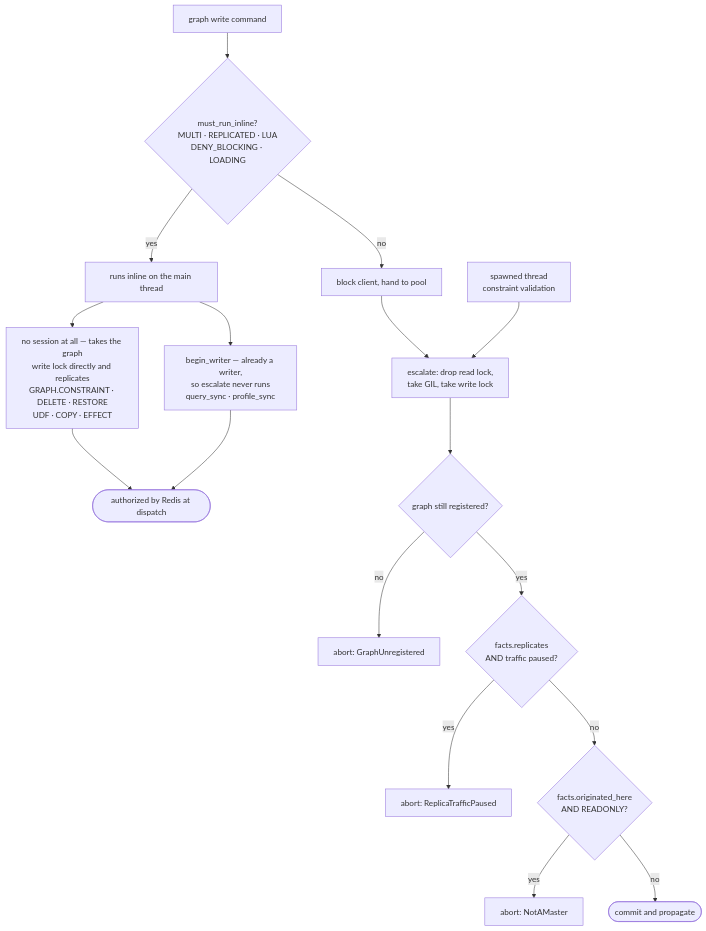
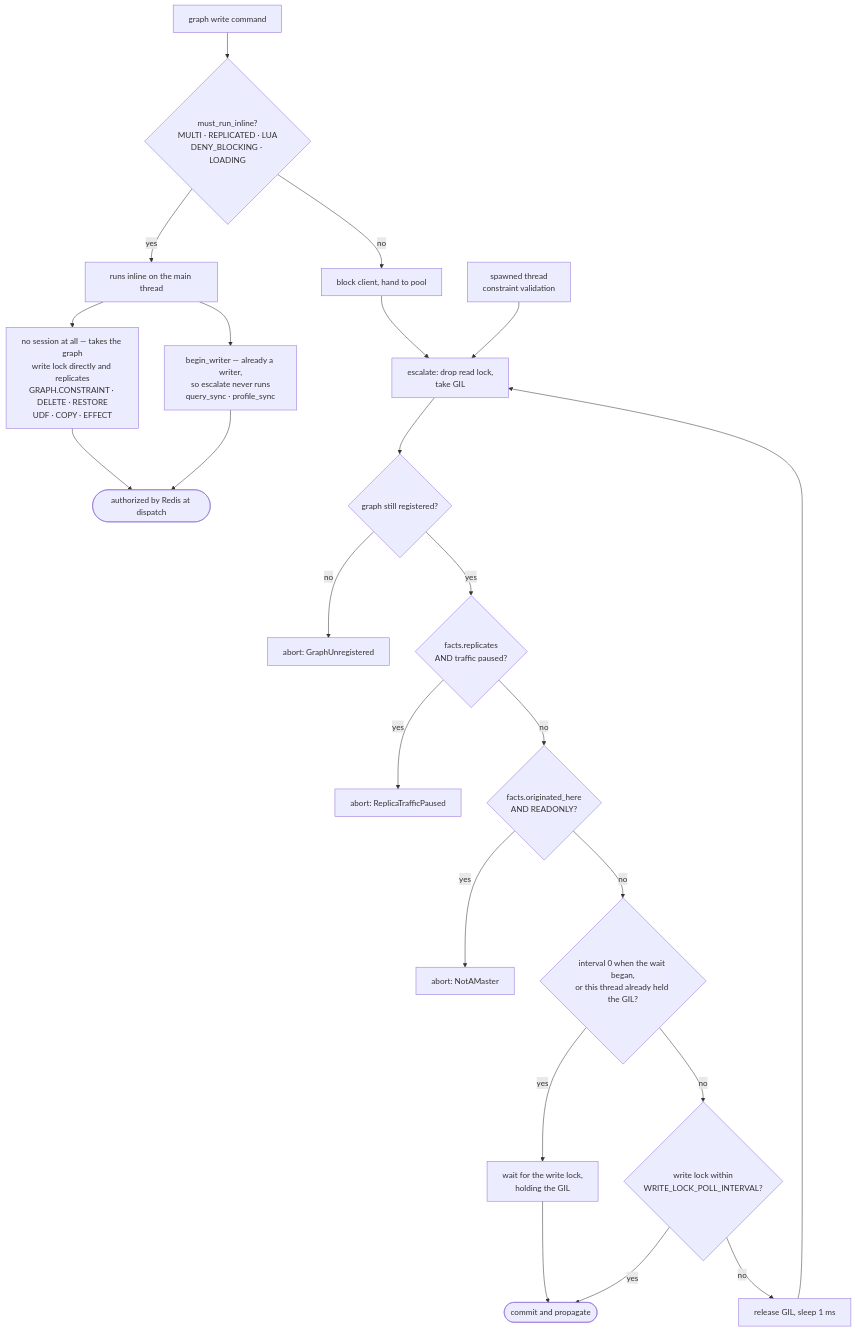
One commit to FalkorDB/FalkorDB changed the second of 3 diagrams in docs/write-authorization.md. Above: the diagram before and after it, drawn with Mermaid. The commit also changed other lines of this file and 11 other files, not shown here.

First line of the commit message:
fix(query): don't freeze the server waiting for the write lock behind a long read

````diff
--- a/docs/write-authorization.md
+++ b/docs/write-authorization.md
@@ -81,22 +81,26 @@
 ```mermaid
 flowchart TD
     A[graph write command] --> B{must_run_inline?<br/>MULTI · REPLICATED · LUA<br/>DENY_BLOCKING · LOADING}
 
     B -->|yes| C[runs inline on the main thread]
     C --> C1[no session at all — takes the graph<br/>write lock directly and replicates<br/>GRAPH.CONSTRAINT · DELETE · RESTORE<br/>UDF · COPY · EFFECT]
     C --> C2[begin_writer — already a writer,<br/>so escalate never runs<br/>query_sync · profile_sync]
     C1 --> CZ([authorized by Redis at dispatch])
     C2 --> CZ
 
     B -->|no| D[block client, hand to pool]
-    D --> G[escalate: drop read lock,<br/>take GIL, take write lock]
+    D --> G[escalate: drop read lock,<br/>take GIL]
     G --> H{graph still registered?}
     H -->|no| X1[abort: GraphUnregistered]
     H -->|yes| J{facts.replicates<br/>AND traffic paused?}
     J -->|yes| X2[abort: ReplicaTrafficPaused]
     J -->|no| K{facts.originated_here<br/>AND READONLY?}
     K -->|yes| X3[abort: NotAMaster]
-    K -->|no| L([commit and propagate])
+    K -->|no| I{interval 0 when the wait began,<br/>or this thread already held the GIL?}
+    I -->|yes| Z[wait for the write lock,<br/>holding the GIL] --> L
+    I -->|no| W{write lock within<br/>WRITE_LOCK_POLL_INTERVAL?}
+    W -->|no| Y[release GIL, sleep 1 ms] --> G
+    W -->|yes| L([commit and propagate])
 
     S[spawned thread<br/>constraint validation] --> G
 ```
````
